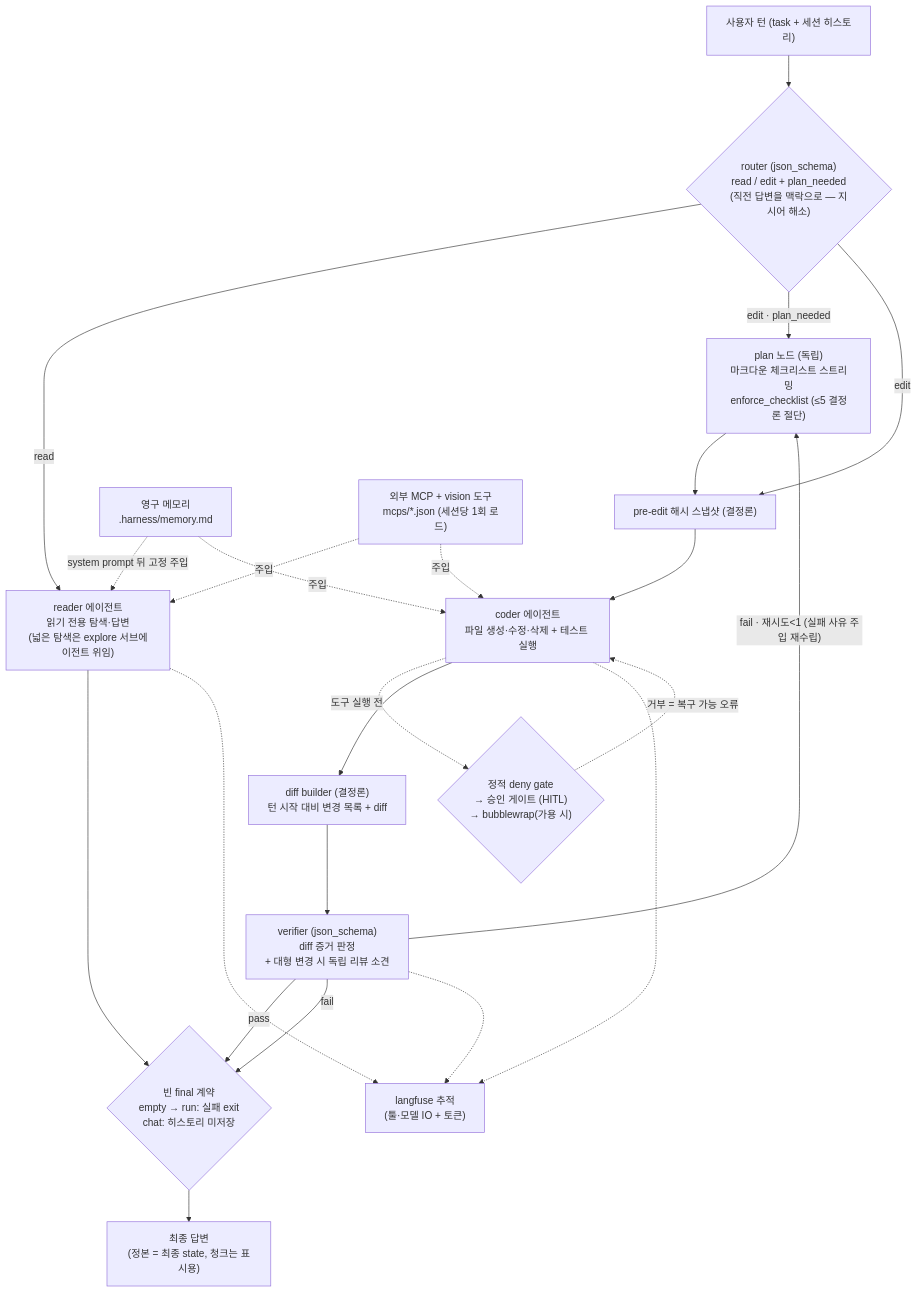
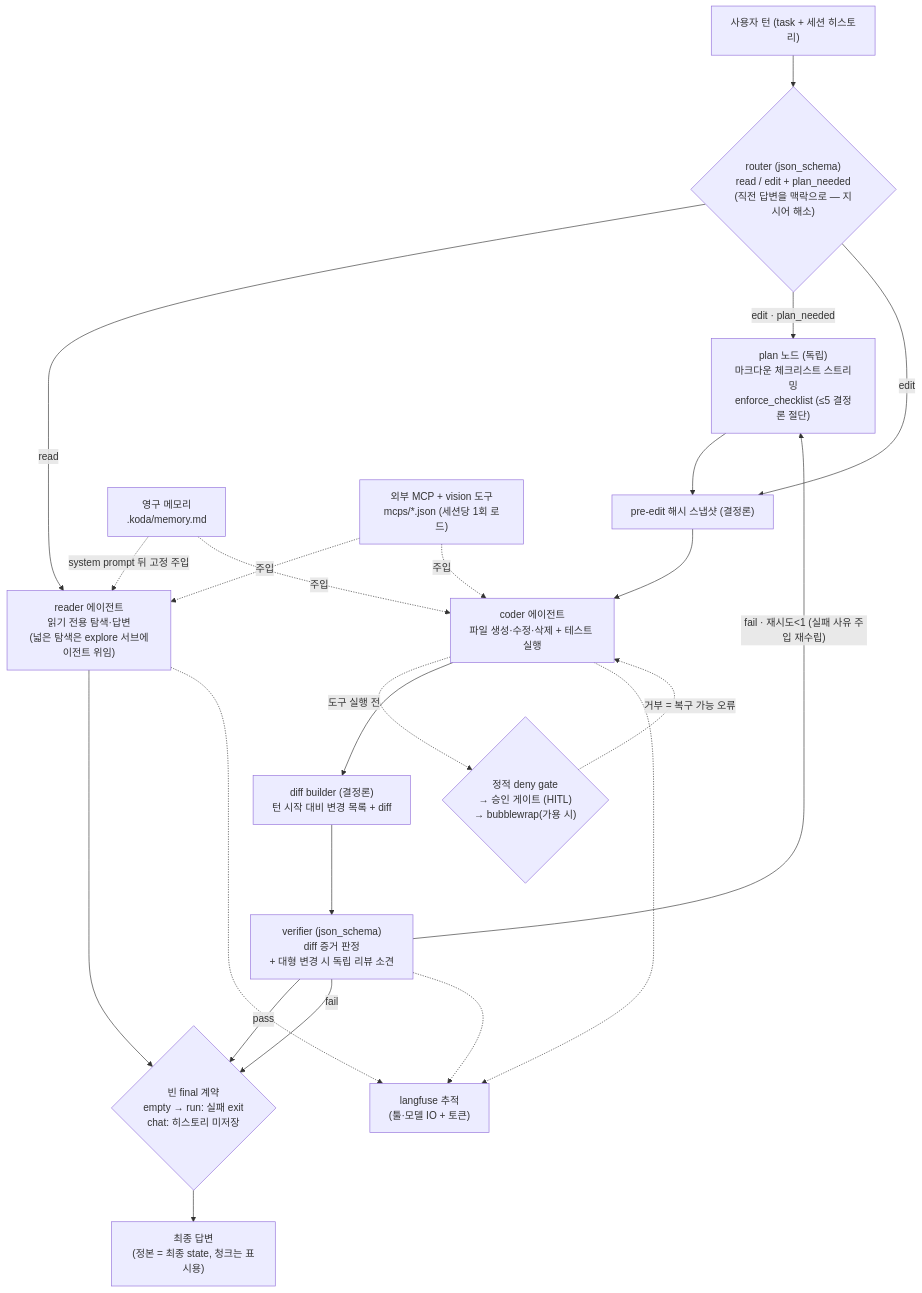
Before and after one commit to DONGRYEOLLEE1/koda: the first of 2 diagrams in README.md, drawn with Mermaid. The commit also changed other lines of this file and 85 other files, not shown here.

First line of the commit message:
refactor: rebrand build-harness to koda (#1)

````diff
--- a/README.md
+++ b/README.md
@@ -95,25 +109,25 @@
 ```mermaid
 flowchart TD
     U["사용자 턴 (task + 세션 히스토리)"] --> RT{"router (json_schema)<br/>read / edit + plan_needed<br/>(직전 답변을 맥락으로 — 지시어 해소)"}
     RT -- "read" --> RD["reader 에이전트<br/>읽기 전용 탐색·답변<br/>(넓은 탐색은 explore 서브에이전트 위임)"]
     RT -- "edit · plan_needed" --> PL["plan 노드 (독립)<br/>마크다운 체크리스트 스트리밍<br/>enforce_checklist (≤5 결정론 절단)"]
     RT -- "edit" --> SN["pre-edit 해시 스냅샷 (결정론)"]
     PL --> SN
     SN --> CD["coder 에이전트<br/>파일 생성·수정·삭제 + 테스트 실행"]
-    MEM["영구 메모리<br/>.harness/memory.md"] -. "system prompt 뒤 고정 주입" .-> RD
+    MEM["영구 메모리<br/>.koda/memory.md"] -. "system prompt 뒤 고정 주입" .-> RD
     MEM -. "주입" .-> CD
     MCP["외부 MCP + vision 도구<br/>mcps/*.json (세션당 1회 로드)"] -. "주입" .-> RD
     MCP -. "주입" .-> CD
     CD -. "도구 실행 전" .-> PG{"정적 deny gate<br/>→ 승인 게이트 (HITL)<br/>→ bubblewrap(가용 시)"}
     PG -. "거부 = 복구 가능 오류" .-> CD
     CD --> DF["diff builder (결정론)<br/>턴 시작 대비 변경 목록 + diff"]
     DF --> VF["verifier (json_schema)<br/>diff 증거 판정<br/>+ 대형 변경 시 독립 리뷰 소견"]
     VF -- "pass" --> FC
     VF -- "fail · 재시도<1 (실패 사유 주입 재수립)" --> PL
     VF -- "fail" --> FC
     RD --> FC{"빈 final 계약<br/>empty → run: 실패 exit<br/>chat: 히스토리 미저장"}
     FC --> DONE["최종 답변<br/>(정본 = 최종 state, 청크는 표시용)"]
     RD -.-> LF["langfuse 추적<br/>(툴·모델 IO + 토큰)"]
     CD -.-> LF
     VF -.-> LF
 ```
````
